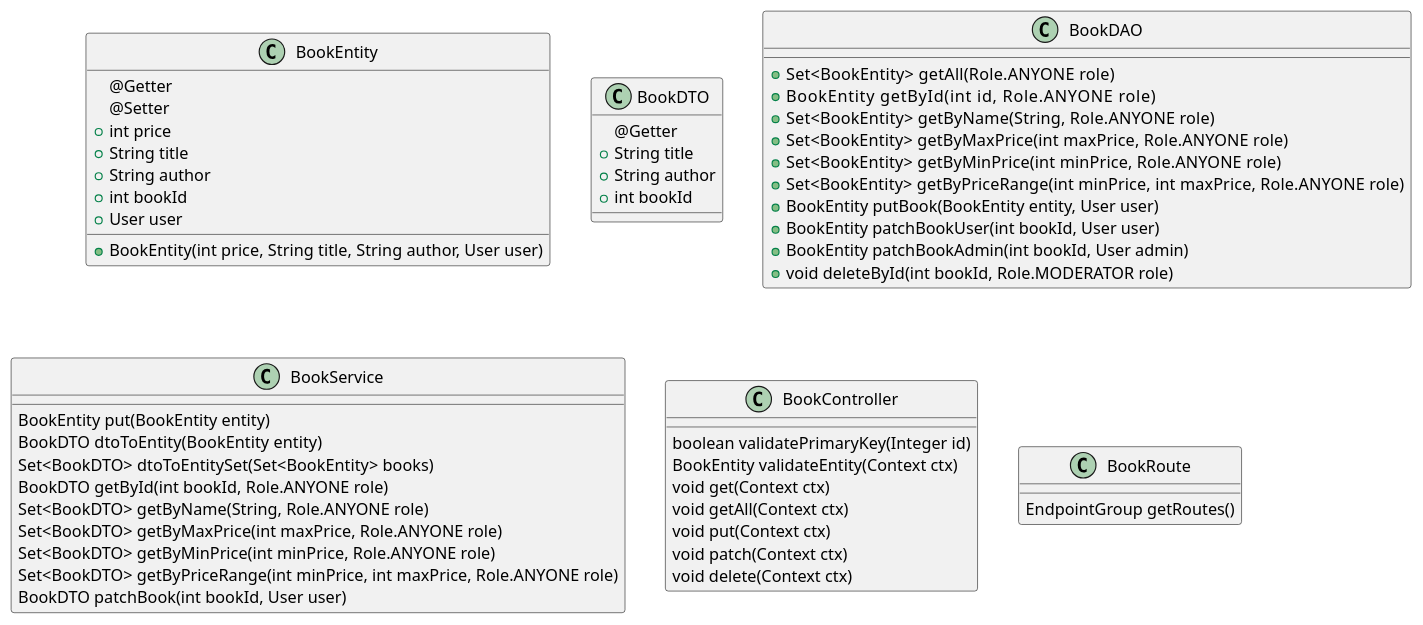
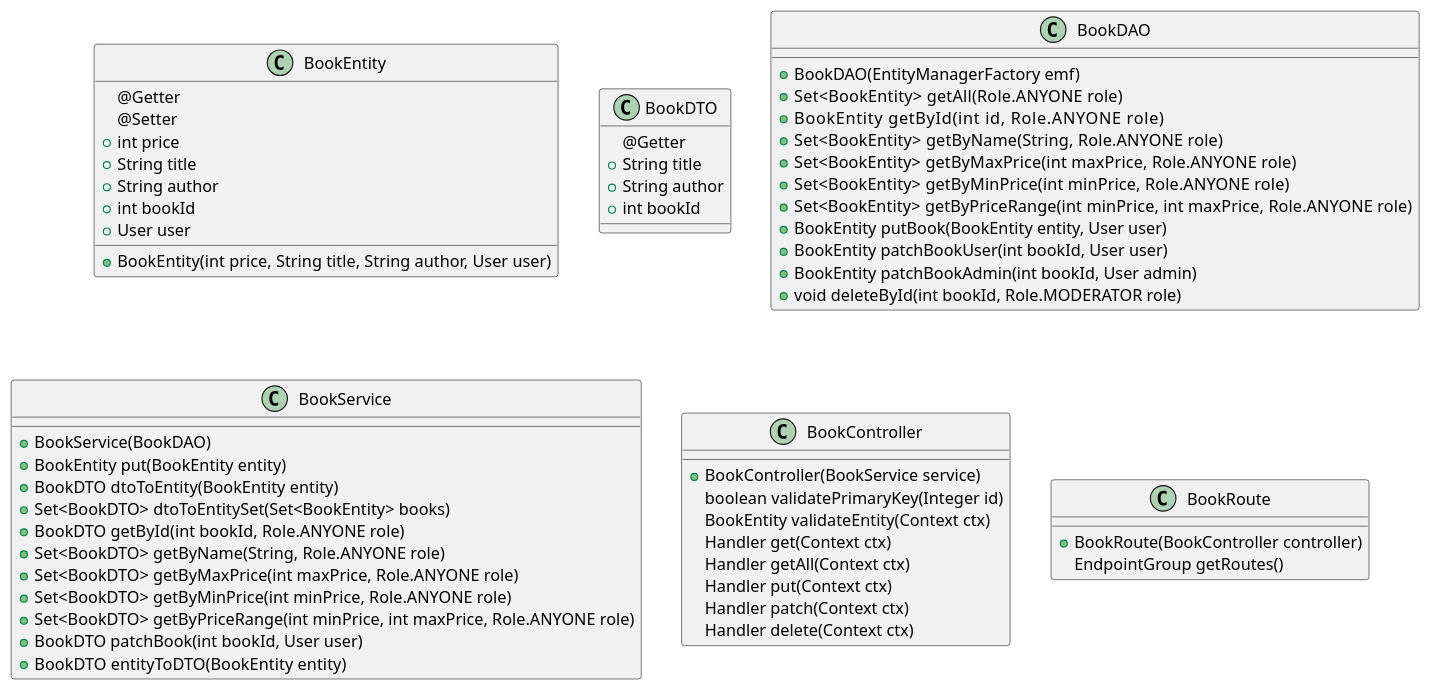
The diagram in src/main/java/T3N3T/Diagram/BookClass.puml (73N37/BookAPI), drawn with PlantUML before and after one commit. The commit also changed 2 other files, not shown here.

Commit message:
finalized class diagams and changed Role.MODERATOR to Role.SUPER

```diff
--- a/src/main/java/T3N3T/Diagram/BookClass.puml
+++ b/src/main/java/T3N3T/Diagram/BookClass.puml
@@ -1,68 +1,73 @@
 @startuml
 'https://plantuml.com/class-diagram
 
 class   BookEntity
 class   BookDTO
 class   BookDAO
 class   BookService
 class   BookController
 class   BookRoute
 
 class BookEntity{
 @Getter
 @Setter
 + int price
 + String title
 + String author
 + int bookId
 + User user
 + BookEntity(int price, String title, String author, User user)
 }
 
 class BookDTO{
 @Getter
 + String title
 + String author
 + int bookId
 }
 
 class BookDAO {
++   BookDAO(EntityManagerFactory emf)
 +   Set<BookEntity>   getAll(Role.ANYONE role)
 +   BookEntity        getById(int id, Role.ANYONE role)
 +   Set<BookEntity>   getByName(String, Role.ANYONE role)
 +   Set<BookEntity>   getByMaxPrice(int maxPrice, Role.ANYONE role)
 +   Set<BookEntity>   getByMinPrice(int minPrice, Role.ANYONE role)
 +   Set<BookEntity>   getByPriceRange(int minPrice, int maxPrice, Role.ANYONE role)
 +   BookEntity putBook(BookEntity entity, User user)
 +   BookEntity patchBookUser(int bookId, User user)
 +   BookEntity patchBookAdmin(int bookId, User admin)
 +   void deleteById(int bookId, Role.MODERATOR role)
 }
 
 class BookService{
-BookEntity put(BookEntity entity)
-BookDTO dtoToEntity(BookEntity entity)
-Set<BookDTO> dtoToEntitySet(Set<BookEntity> books)
-BookDTO getById(int bookId, Role.ANYONE role)
-Set<BookDTO> getByName(String, Role.ANYONE role)
-Set<BookDTO> getByMaxPrice(int maxPrice, Role.ANYONE role)
-Set<BookDTO> getByMinPrice(int minPrice, Role.ANYONE role)
-Set<BookDTO> getByPriceRange(int minPrice, int maxPrice, Role.ANYONE role)
-BookDTO patchBook(int bookId, User user)
++ BookService(BookDAO)
++ BookEntity put(BookEntity entity)
++ BookDTO dtoToEntity(BookEntity entity)
++ Set<BookDTO> dtoToEntitySet(Set<BookEntity> books)
++ BookDTO getById(int bookId, Role.ANYONE role)
++ Set<BookDTO> getByName(String, Role.ANYONE role)
++ Set<BookDTO> getByMaxPrice(int maxPrice, Role.ANYONE role)
++ Set<BookDTO> getByMinPrice(int minPrice, Role.ANYONE role)
++ Set<BookDTO> getByPriceRange(int minPrice, int maxPrice, Role.ANYONE role)
++ BookDTO patchBook(int bookId, User user)
++ BookDTO entityToDTO(BookEntity entity)
 }
 
 class BookController{
++ BookController(BookService service)
 boolean validatePrimaryKey(Integer id)
 BookEntity validateEntity(Context ctx)
-void get(Context ctx)
-void getAll(Context ctx)
-void put(Context ctx)
-void patch(Context ctx)
-void delete(Context ctx)
+Handler get(Context ctx)
+Handler getAll(Context ctx)
+Handler put(Context ctx)
+Handler patch(Context ctx)
+Handler delete(Context ctx)
 }
 
 class BookRoute{
++ BookRoute(BookController controller)
 EndpointGroup getRoutes()
 }
 
 @enduml
```
